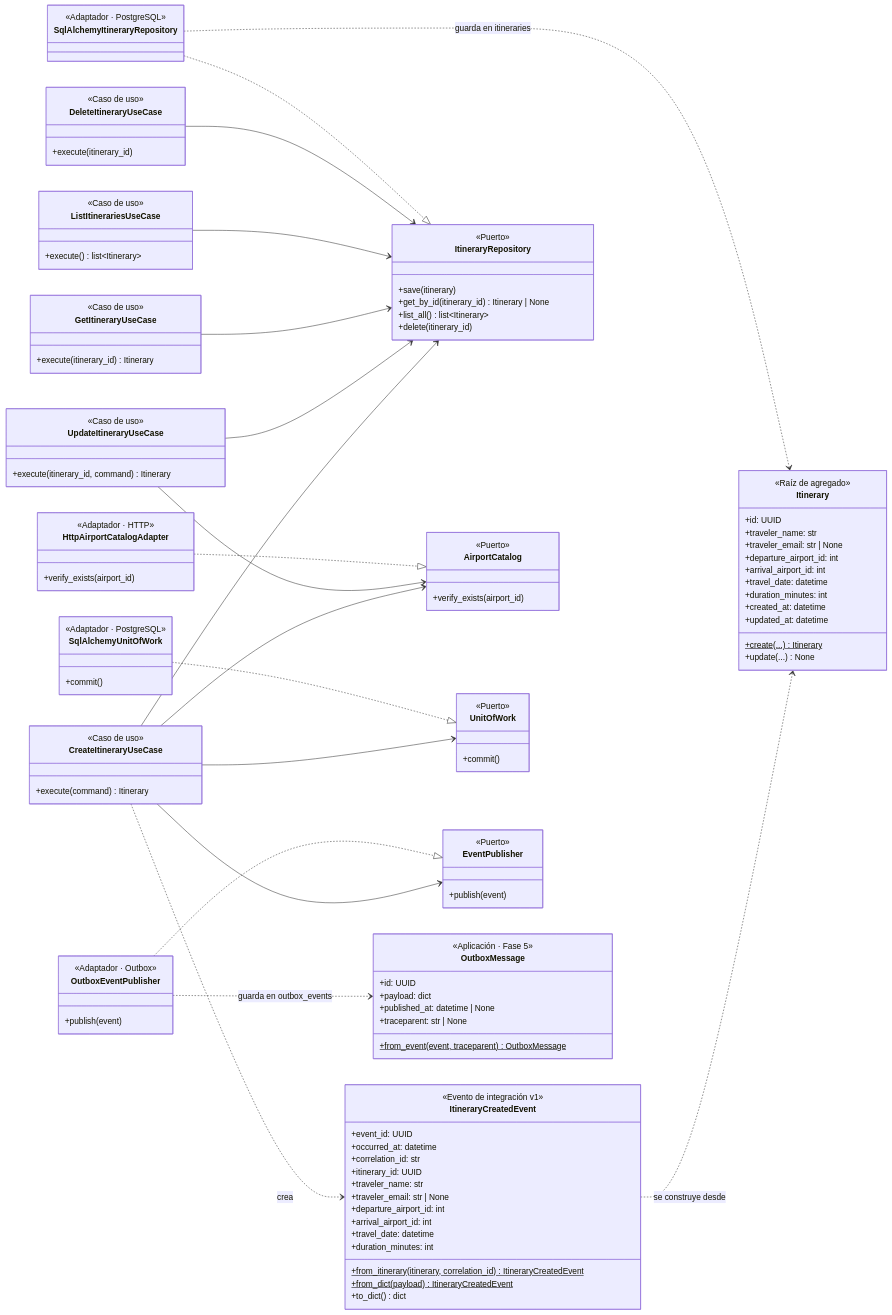
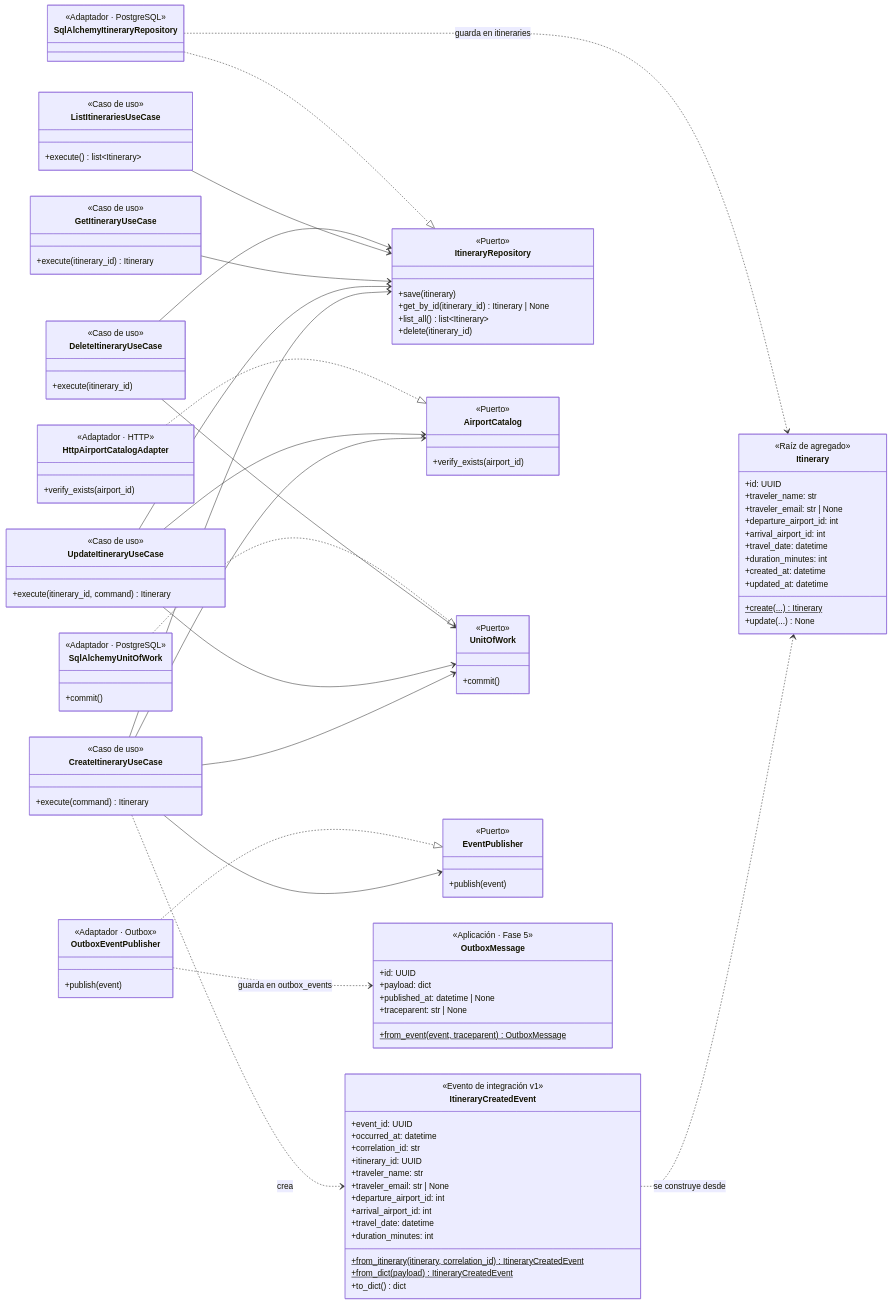
Before and after one commit to JUANGR12192004/sistema-itinerarios-personales: the fourth of 15 diagrams in docs/05-diagramas.md, drawn with Mermaid. The commit also changed 6 other files, not shown here.

```diff
--- a/docs/05-diagramas.md
+++ b/docs/05-diagramas.md
@@ -395,9 +395,11 @@
     CreateItineraryUseCase ..> ItineraryCreatedEvent : crea
     UpdateItineraryUseCase --> ItineraryRepository
     UpdateItineraryUseCase --> AirportCatalog
+    UpdateItineraryUseCase --> UnitOfWork
     GetItineraryUseCase --> ItineraryRepository
     ListItinerariesUseCase --> ItineraryRepository
     DeleteItineraryUseCase --> ItineraryRepository
+    DeleteItineraryUseCase --> UnitOfWork
 
     class SqlAlchemyItineraryRepository {
         <<Adaptador · PostgreSQL>>
```
